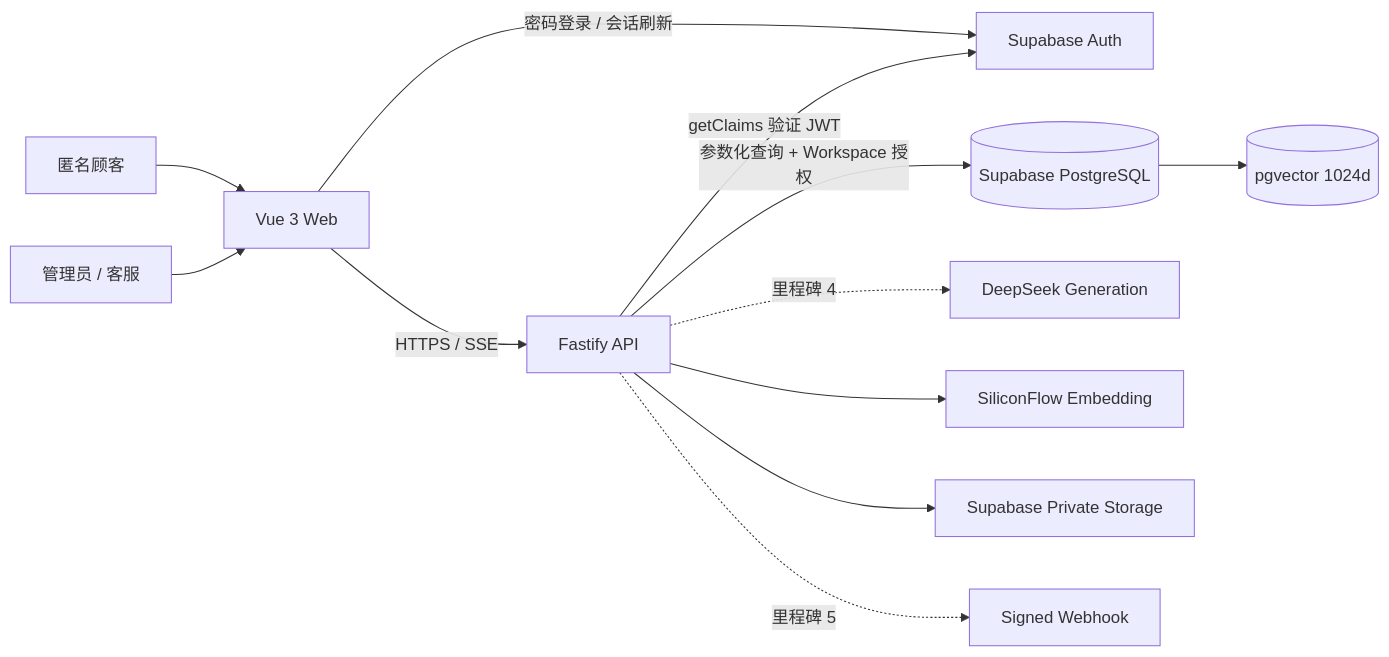
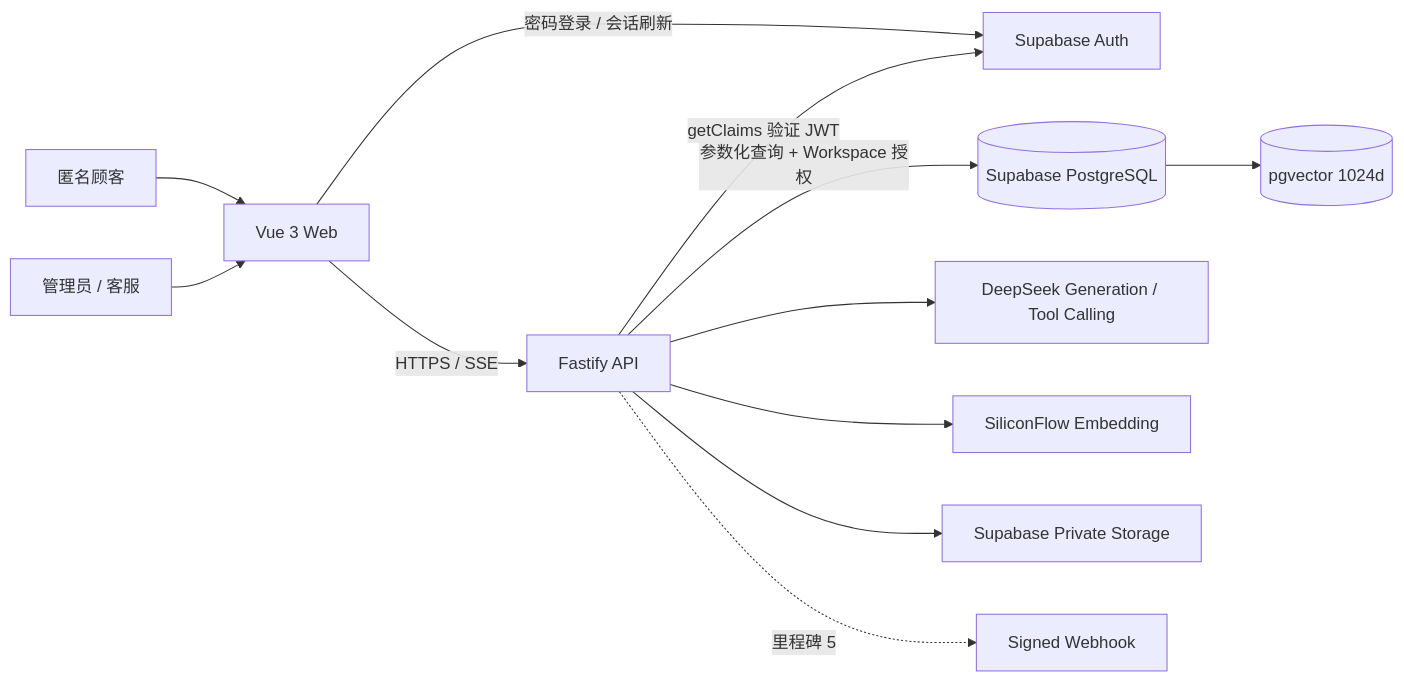
One commit to lsc-261013/grounddesk-ai changed the diagram in docs/architecture.md. Above: the diagram before and after it, drawn with Mermaid. The commit also changed other lines of this file and 42 other files, not shown here.

````diff
--- a/docs/architecture.md
+++ b/docs/architecture.md
@@ -7,14 +7,14 @@
 ```mermaid
 flowchart LR
   Visitor[匿名顾客] --> Web[Vue 3 Web]
   Staff[管理员 / 客服] --> Web
   Web -->|密码登录 / 会话刷新| Auth[Supabase Auth]
   Web -->|HTTPS / SSE| API[Fastify API]
   API -->|getClaims 验证 JWT| Auth
   API -->|参数化查询 + Workspace 授权| Supabase[(Supabase PostgreSQL)]
   Supabase --> Vector[(pgvector 1024d)]
-  API -. 里程碑 4 .-> DeepSeek[DeepSeek Generation]
+  API --> DeepSeek[DeepSeek Generation / Tool Calling]
   API --> SiliconFlow[SiliconFlow Embedding]
   API --> Storage[Supabase Private Storage]
   API -. 里程碑 5 .-> Webhook[Signed Webhook]
 ```
````
